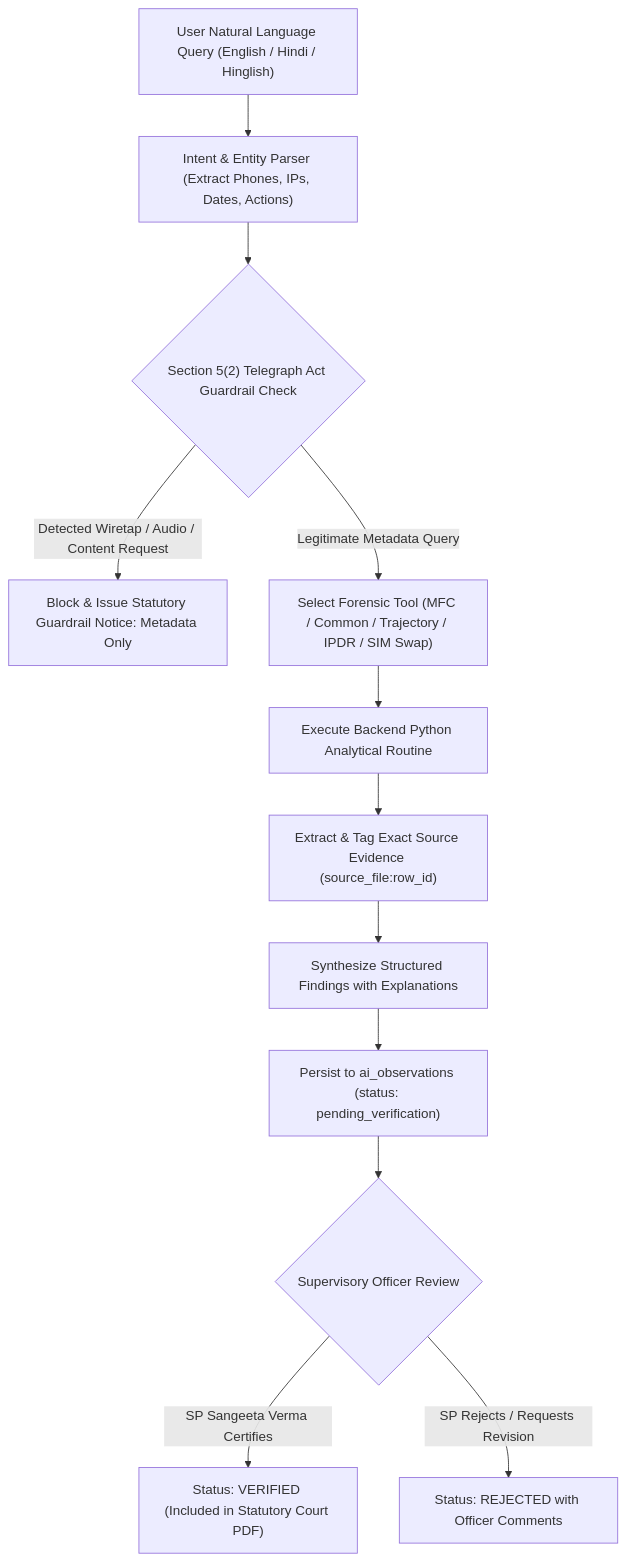
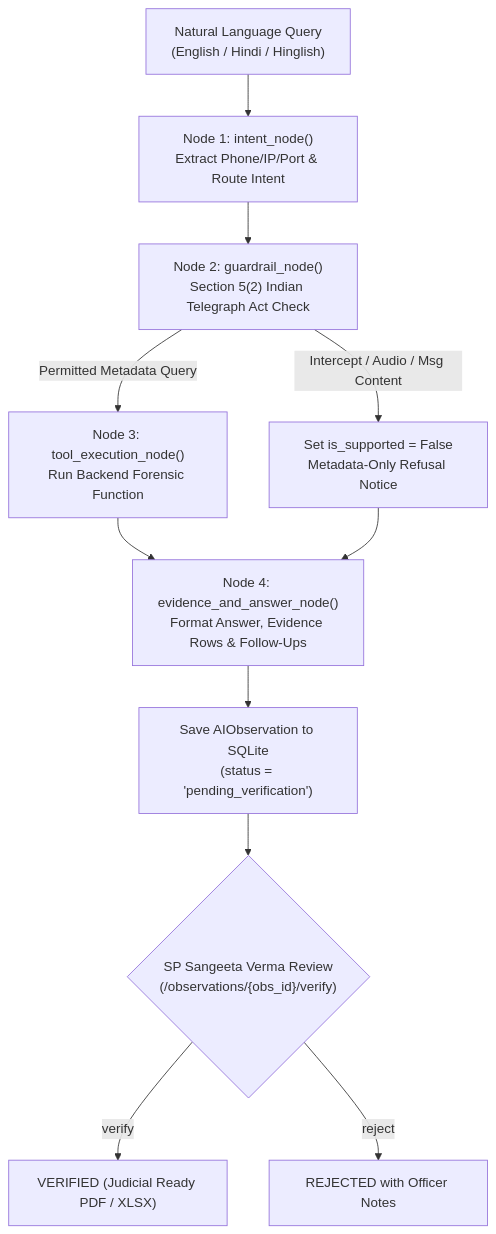
One commit to JAIDUUU/Anomus-hackthon-rajishtan changed the diagram in docs/ai_assistant.md. Above: the diagram before and after it, drawn with Mermaid. The commit also changed other lines of this file, not shown here.

Commit message:
docs(assistant): document LangGraph bilingual agent graph, Section 5(2) guardrails, and SP verification

````diff
--- a/docs/ai_assistant.md
+++ b/docs/ai_assistant.md
@@ -11,20 +11,15 @@
 ```mermaid
 flowchart TD
-    UserQuery["User Natural Language Query (English / Hindi / Hinglish)"] --> IntentParser["Intent & Entity Parser (Extract Phones, IPs, Dates, Actions)"]
-    
-    IntentParser --> GuardrailCheck{"Section 5(2) Telegraph Act Guardrail Check"}
-    
-    GuardrailCheck -->|Detected Wiretap / Audio / Content Request| Disallow["Block & Issue Statutory Guardrail Notice: Metadata Only"]
-    
-    GuardrailCheck -->|Legitimate Metadata Query| ToolRouter["Select Forensic Tool (MFC / Common / Trajectory / IPDR / SIM Swap)"]
-    
-    ToolRouter --> ToolExec["Execute Backend Python Analytical Routine"]
-    ToolExec --> EvidenceMapper["Extract & Tag Exact Source Evidence (source_file:row_id)"]
-    EvidenceMapper --> Formatter["Synthesize Structured Findings with Explanations"]
-    
-    Formatter --> ObservationDB["Persist to ai_observations (status: pending_verification)"]
-    ObservationDB --> Supervisor{"Supervisory Officer Review"}
-    
-    Supervisor -->|SP Sangeeta Verma Certifies| Verified["Status: VERIFIED (Included in Statutory Court PDF)"]
-    Supervisor -->|SP Rejects / Requests Revision| Rejected["Status: REJECTED with Officer Comments"]
+    Query["Natural Language Query<br/>(English / Hindi / Hinglish)"] --> Intent["Node 1: intent_node()<br/>Extract Phone/IP/Port & Route Intent"]
+    Intent --> Guardrail["Node 2: guardrail_node()<br/>Section 5(2) Indian Telegraph Act Check"]
+
+    Guardrail -->|Intercept / Audio / Msg Content| Block["Set is_supported = False<br/>Metadata-Only Refusal Notice"]
+    Guardrail -->|Permitted Metadata Query| Tool["Node 3: tool_execution_node()<br/>Run Backend Forensic Function"]
+
+    Tool & Block --> Builder["Node 4: evidence_and_answer_node()<br/>Format Answer, Evidence Rows & Follow-Ups"]
+    Builder --> Persist["Save AIObservation to SQLite<br/>(status = 'pending_verification')"]
+    Persist --> SP{"SP Sangeeta Verma Review<br/>(/observations/{obs_id}/verify)"}
+
+    SP -->|verify| Verified["VERIFIED (Judicial Ready PDF / XLSX)"]
+    SP -->|reject| Rejected["REJECTED with Officer Notes"]
 ```
````
